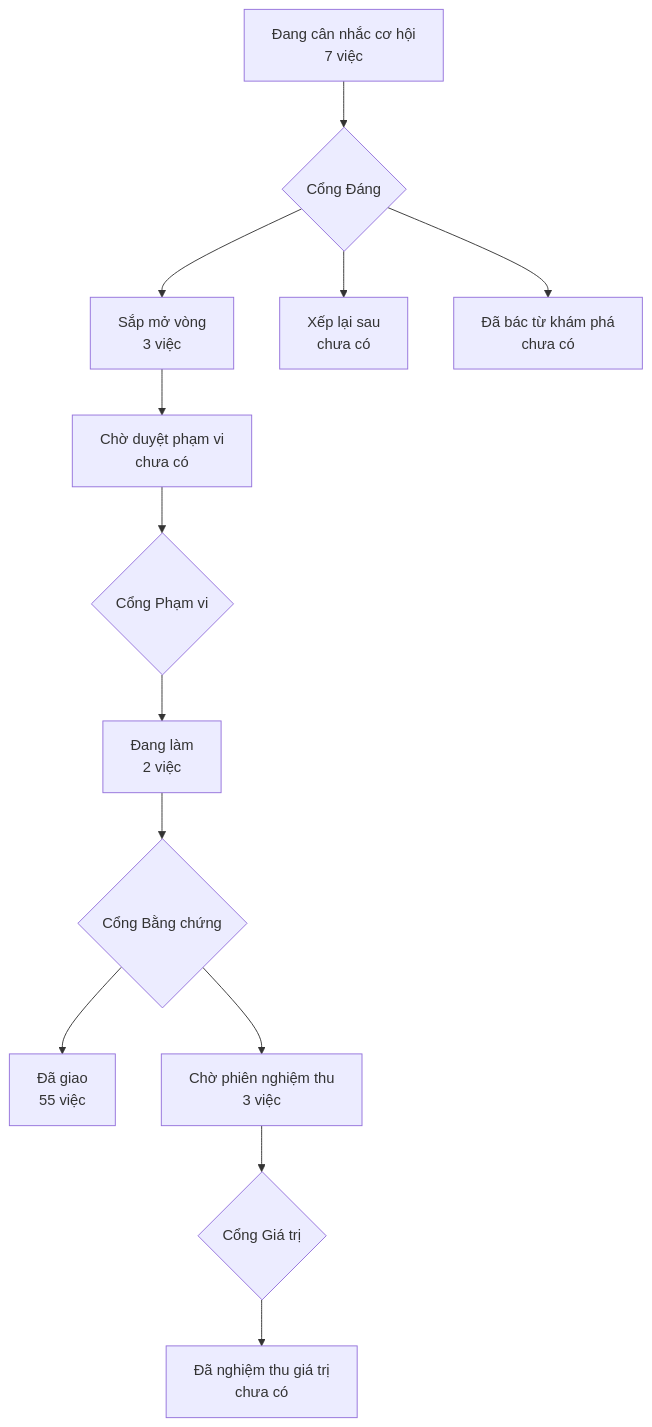
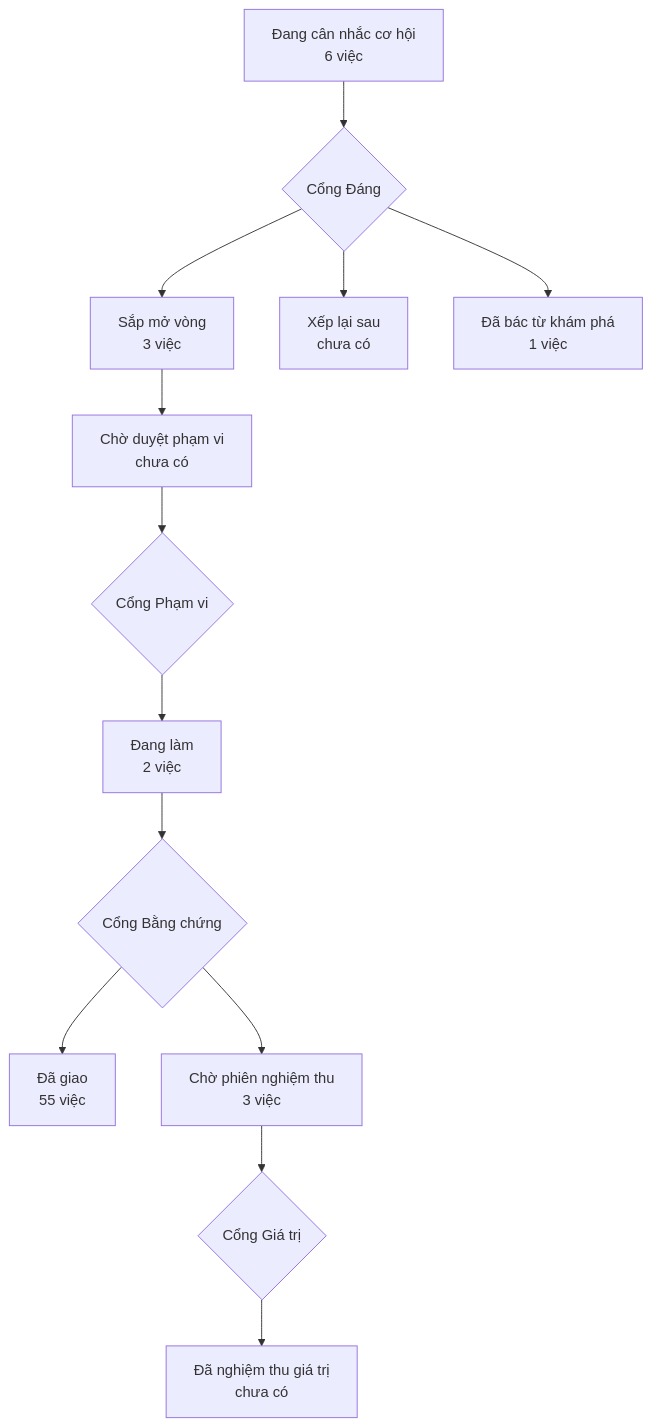
The diagram in PRODUCT-MAP.md (phanlemanh/acceptance-gate-kit), drawn with Mermaid before and after one commit. The commit also changed other lines of this file and 2 other files, not shown here.

Commit message:
opp(ban-do-dinh-chu-ky): ký Cổng Đáng — decision: kill, hố đã lấp (Manh Phan, 2026-08-23); bản đồ vẽ lại cùng lượt
Rà hàng đợi việc-chưa-làm theo North Star 23/08: tiền đề của ý này không còn
đúng. Cả hai thân cổng người nay dặn vẽ lại bản đồ SAU khi ghi field cổng và
TRƯỚC khi commit, nên bản đồ đi cùng lượt chữ ký chứ không đi sau; ca P122 canh
đúng điểm làm-mới đó ở mọi thân cổng.

Đo thực địa cùng ngày: vòng start-bang-dieu-khien đóng hai cổng người, vẽ lại
bản đồ hai lần, 0 lần đỏ P122/P126.

`kill` chứ không `park`: hố đã lấp thì không có gì để quay lại. P122 đỏ trong
tương lai là hố KHÁC — mở ô mới, đừng dựng lại ô này.

Mầm gốc giữ nguyên làm sử liệu, gắn dấu vết ĐÃ BÁC trỏ về vết quyết định.

````diff
--- a/PRODUCT-MAP.md
+++ b/PRODUCT-MAP.md
@@ -6,12 +6,12 @@
 ```mermaid
 flowchart TD
-  A["Đang cân nhắc cơ hội<br/>7 việc"] --> GD{"Cổng Đáng"}
+  A["Đang cân nhắc cơ hội<br/>6 việc"] --> GD{"Cổng Đáng"}
   GD --> B["Sắp mở vòng<br/>3 việc"]
   GD --> XL["Xếp lại sau<br/>chưa có"]
-  GD --> DB["Đã bác từ khám phá<br/>chưa có"]
+  GD --> DB["Đã bác từ khám phá<br/>1 việc"]
   B --> CD["Chờ duyệt phạm vi<br/>chưa có"] --> GP{"Cổng Phạm vi"}
   GP --> DL["Đang làm<br/>2 việc"] --> GB{"Cổng Bằng chứng"}
   GB --> DG["Đã giao<br/>55 việc"]
   GB --> CN["Chờ phiên nghiệm thu<br/>3 việc"] --> GG{"Cổng Giá trị"}
   GG --> NT["Đã nghiệm thu giá trị<br/>chưa có"]
 ```
````
